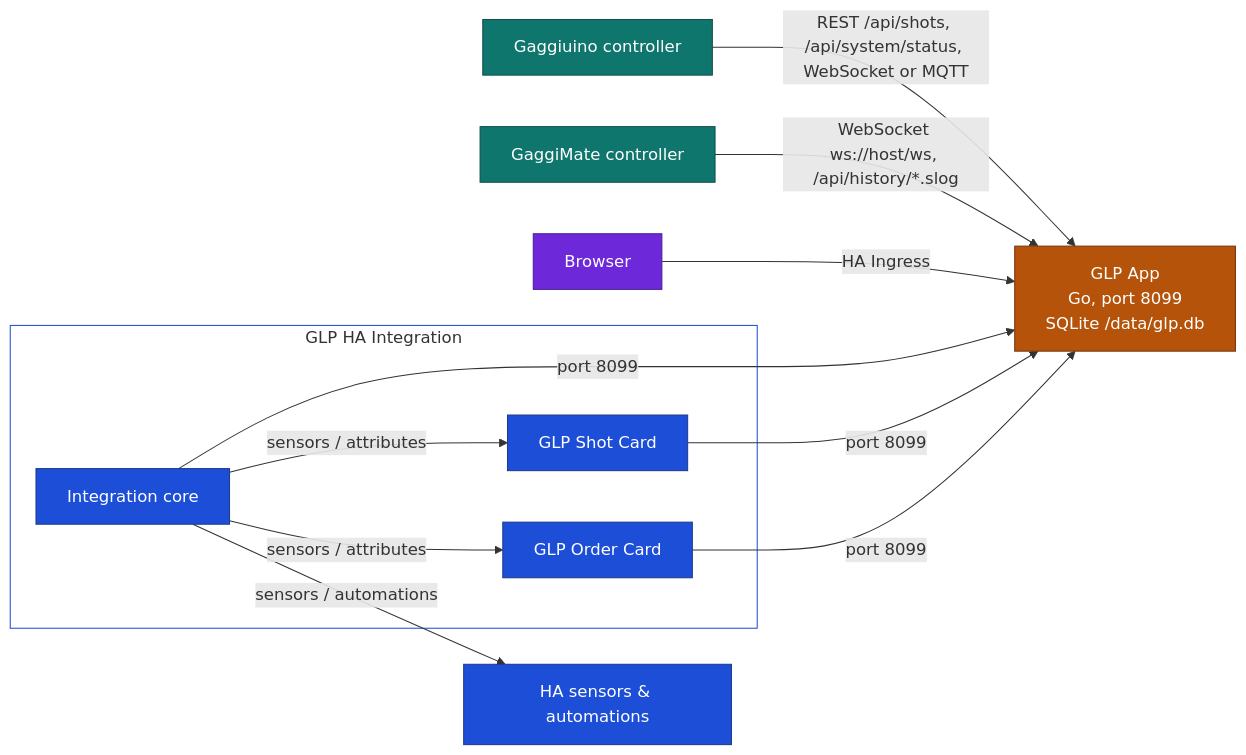
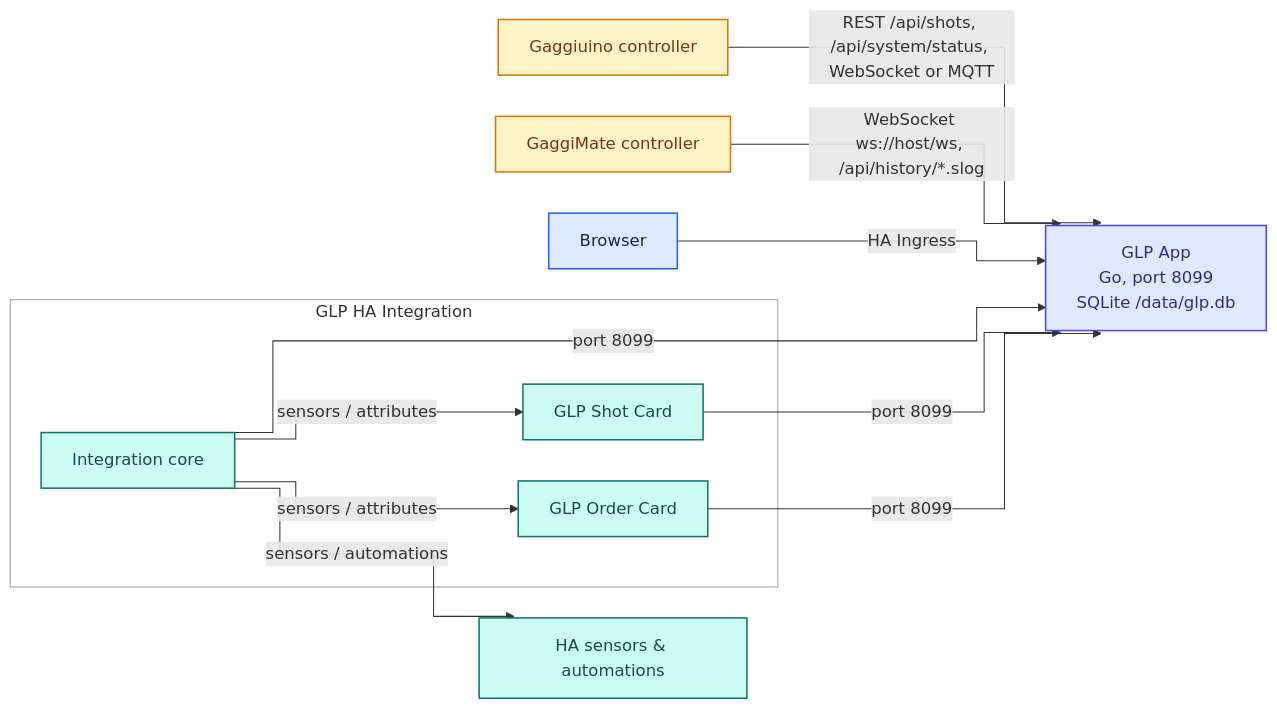
One commit to mxkissnr/gaggiuino-local-profiler changed the first of 2 diagrams in README.md. Above: the diagram before and after it, drawn with Mermaid. The commit also changed other lines of this file and 1 other file, not shown here.

First line of the commit message:
docs: group and tone the architecture diagrams like the gitdiagram layout

````diff
--- a/README.md
+++ b/README.md
@@ -232,34 +232,36 @@
 ```mermaid
+%%{init: {"flowchart": {"curve": "step", "nodeSpacing": 40, "rankSpacing": 60}}}%%
 flowchart LR
   GGU["Gaggiuino controller"]
   GM["GaggiMate controller"]
   APP["GLP App<br/>Go, port 8099<br/>SQLite /data/glp.db"]
   BR["Browser"]
   HA["HA sensors & automations"]
   subgraph INTG["GLP HA Integration"]
     INT["Integration core"]
     SC["GLP Shot Card"]
     OC["GLP Order Card"]
   end
   GGU -->|"REST /api/shots, /api/system/status, WebSocket or MQTT"| APP
   GM -->|"WebSocket ws://host/ws, /api/history/*.slog"| APP
   BR -->|"HA Ingress"| APP
   INT -->|"port 8099"| APP
   INT -->|"sensors / attributes"| SC
   INT -->|"sensors / attributes"| OC
   SC -->|"port 8099"| APP
   OC -->|"port 8099"| APP
   INT -->|"sensors / automations"| HA
 
-  classDef app fill:#b45309,stroke:#78350f,color:#fff
-  classDef machine fill:#0f766e,stroke:#134e4a,color:#fff
-  classDef ha fill:#1d4ed8,stroke:#1e3a8a,color:#fff
-  classDef fe fill:#6d28d9,stroke:#4c1d95,color:#fff
-  classDef store fill:#334155,stroke:#1e293b,color:#fff
-  classDef ext fill:#4b5563,stroke:#1f2937,color:#fff
-  class APP app
-  class GGU,GM machine
-  class INT,SC,OC,HA ha
-  class BR fe
-  style INTG fill:none,stroke:#1d4ed8
+  classDef toneBlue fill:#dbeafe,stroke:#2563eb,stroke-width:1.5px,color:#172554
+  classDef toneIndigo fill:#e0e7ff,stroke:#4f46e5,stroke-width:1.5px,color:#312e81
+  classDef toneAmber fill:#fef3c7,stroke:#d97706,stroke-width:1.5px,color:#78350f
+  classDef toneMint fill:#dcfce7,stroke:#16a34a,stroke-width:1.5px,color:#14532d
+  classDef toneRose fill:#ffe4e6,stroke:#e11d48,stroke-width:1.5px,color:#881337
+  classDef toneTeal fill:#ccfbf1,stroke:#0f766e,stroke-width:1.5px,color:#134e4a
+  classDef toneNeutral fill:#f8fafc,stroke:#334155,stroke-width:1.5px,color:#0f172a
+  class APP toneIndigo
+  class GGU,GM toneAmber
+  class INT,SC,OC,HA toneTeal
+  class BR toneBlue
+  style INTG fill:#f8fafc10,stroke:#94a3b8
 ```
````
